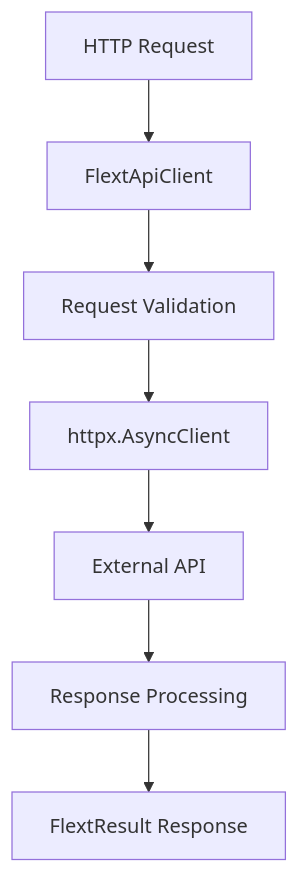
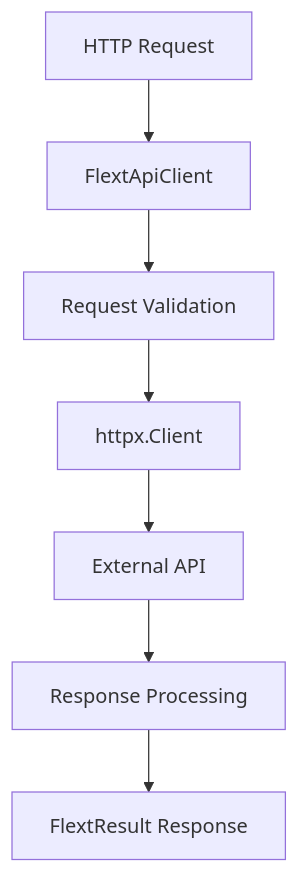
One commit to flext-sh/flext-api changed the first of 2 diagrams in docs/architecture.md. Above: the diagram before and after it, drawn with Mermaid. The commit also changed other lines of this file and 88 other files, not shown here.

````diff
--- a/docs/architecture.md
+++ b/docs/architecture.md
@@ -215,9 +215,9 @@
 ```mermaid
 graph TD
     A[HTTP Request] --> B[FlextApiClient]
     B --> C[Request Validation]
-    C --> D[httpx.AsyncClient]
+    C --> D[httpx.Client]
     D --> E[External API]
     E --> F[Response Processing]
     F --> G[FlextResult Response]
 ```
````
